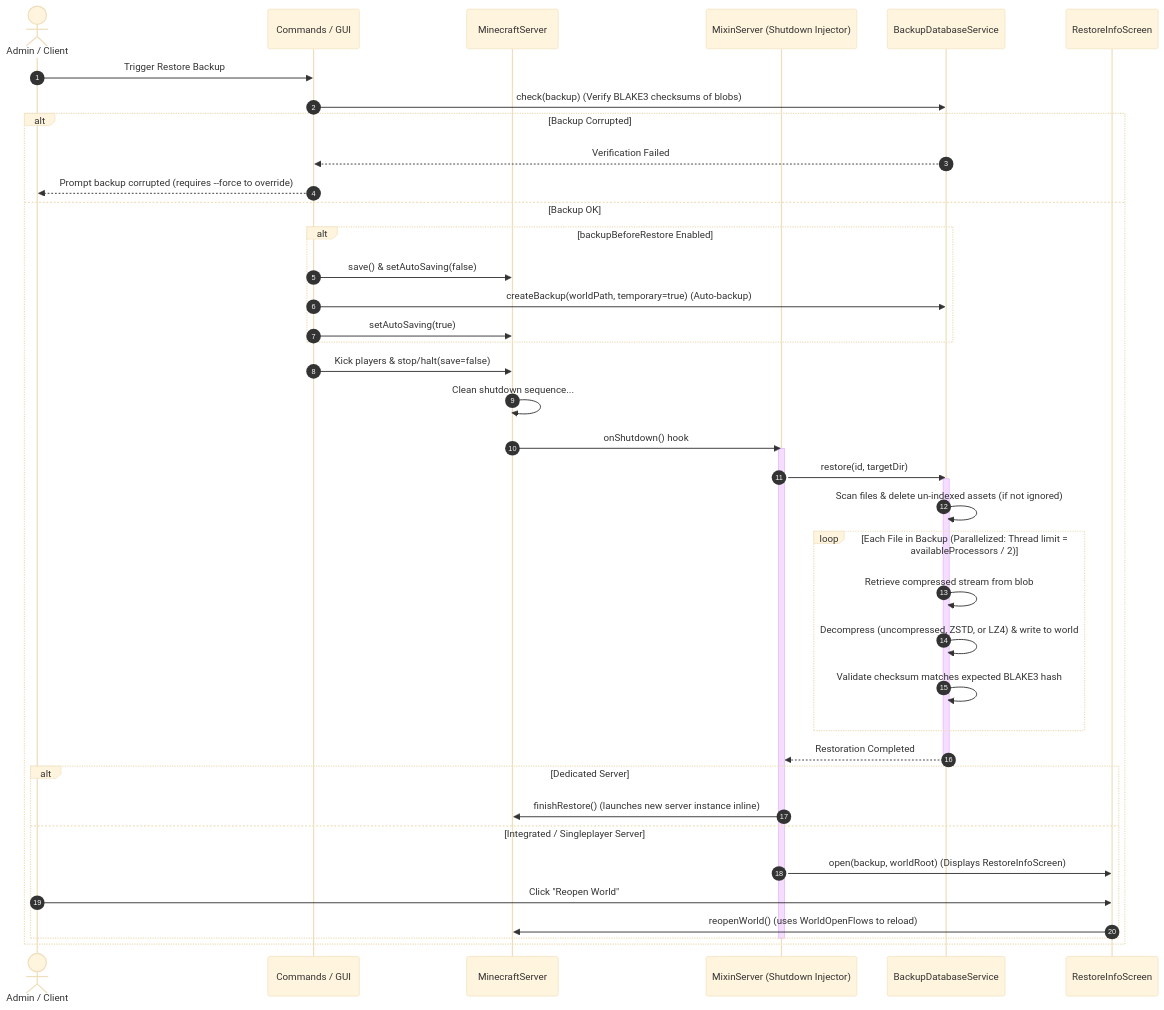
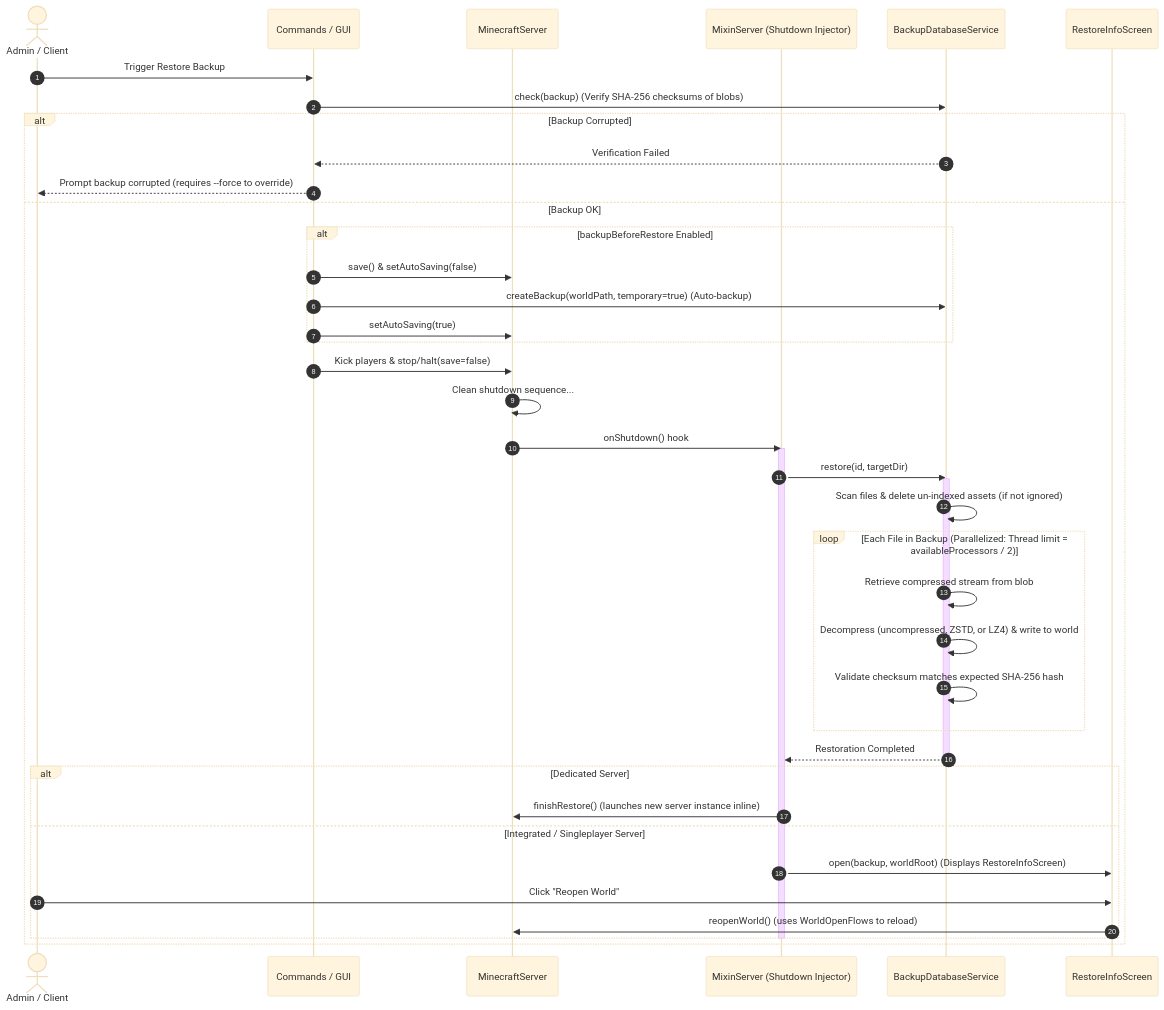
The third of 4 diagrams in project_map.md (lnminh1411/x-backup), drawn with Mermaid (base theme) before and after one commit. The commit also changed other lines of this file and 13 other files, not shown here.

````diff
--- a/project_map.md
+++ b/project_map.md
@@ -172,48 +181,48 @@
 ```mermaid
 sequenceDiagram
     autonumber
     actor Admin as Admin / Client
     participant Cmd as Commands / GUI
     participant MS as MinecraftServer
     participant Mixin as MixinServer (Shutdown Injector)
     participant DB as BackupDatabaseService
     participant GUI as RestoreInfoScreen
 
     Admin->>Cmd: Trigger Restore Backup #ID
-    Cmd->>DB: check(backup) (Verify BLAKE3 checksums of blobs)
+    Cmd->>DB: check(backup) (Verify SHA-256 checksums of blobs)
     
     alt Backup Corrupted
         DB-->>Cmd: Verification Failed
         Cmd-->>Admin: Prompt backup corrupted (requires --force to override)
     else Backup OK
         alt backupBeforeRestore Enabled
             Cmd->>MS: save() & setAutoSaving(false)
             Cmd->>DB: createBackup(worldPath, temporary=true) (Auto-backup)
             Cmd->>MS: setAutoSaving(true)
         end
         
         Cmd->>MS: Kick players & stop/halt(save=false)
         MS->>MS: Clean shutdown sequence...
         MS->>Mixin: onShutdown() hook
         activate Mixin
         Mixin->>DB: restore(id, targetDir)
         activate DB
         DB->>DB: Scan files & delete un-indexed assets (if not ignored)
         loop Each File in Backup (Parallelized: Thread limit = availableProcessors / 2)
             DB->>DB: Retrieve compressed stream from blob
             DB->>DB: Decompress (uncompressed, ZSTD, or LZ4) & write to world
-            DB->>DB: Validate checksum matches expected BLAKE3 hash
+            DB->>DB: Validate checksum matches expected SHA-256 hash
         end
         DB-->>Mixin: Restoration Completed
         deactivate DB
         
         alt Dedicated Server
             Mixin->>MS: finishRestore() (launches new server instance inline)
         else Integrated / Singleplayer Server
             Mixin->>GUI: open(backup, worldRoot) (Displays RestoreInfoScreen)
             Admin->>GUI: Click "Reopen World"
             GUI->>MS: reopenWorld() (uses WorldOpenFlows to reload)
         end
         deactivate Mixin
     end
 ```
````
